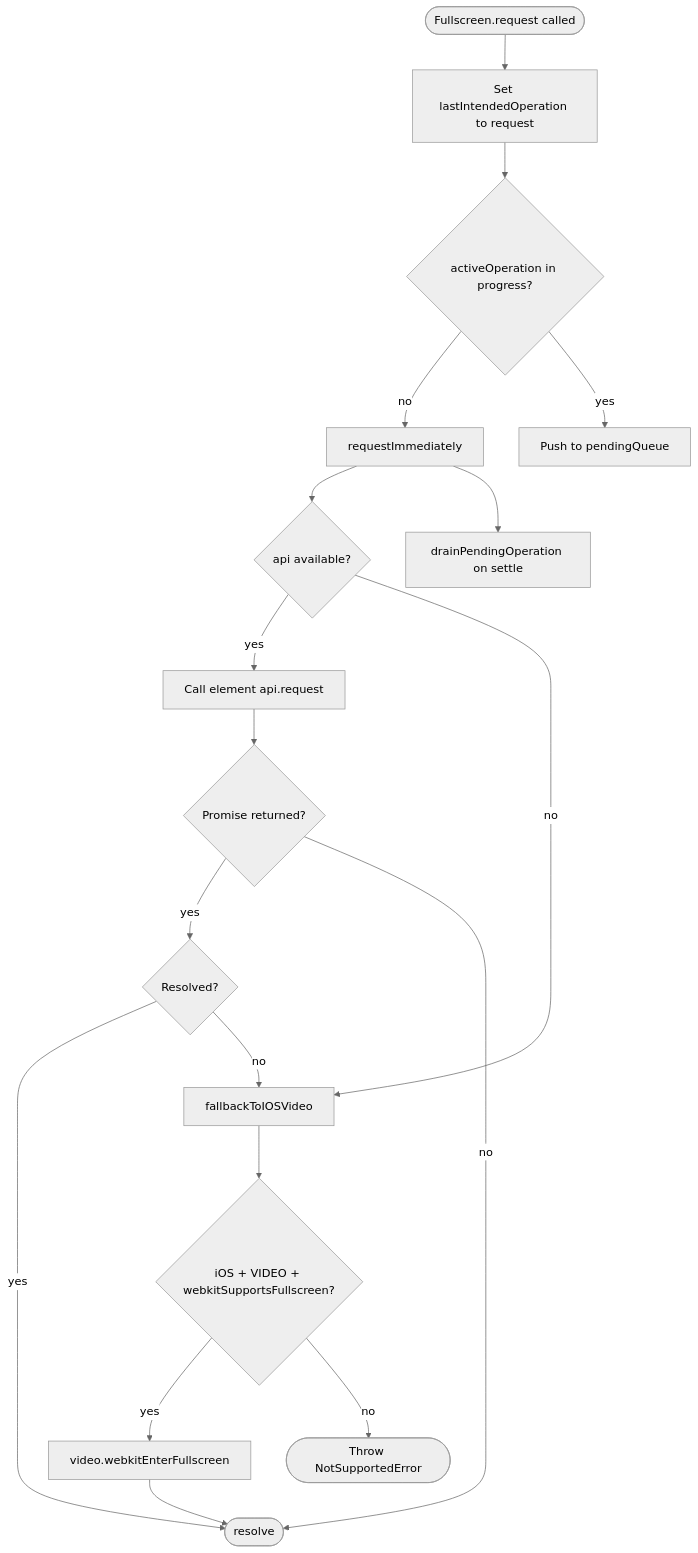
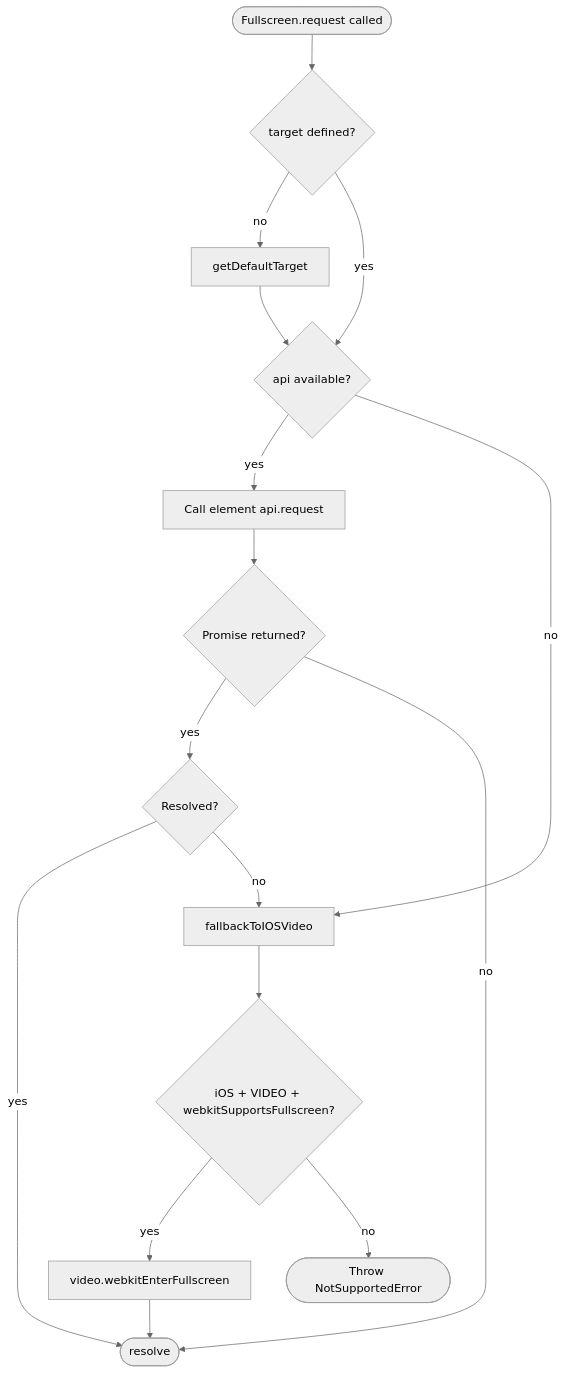
The third of 9 diagrams in README.md (pjy0509/native-fn), drawn with Mermaid (neutral theme) before and after one commit. The commit also changed other lines of this file and 231 other files, not shown here.

````diff
--- a/README.md
+++ b/README.md
@@ -594,20 +762,18 @@
 ```mermaid
 flowchart TD
-    A([Fullscreen.request called]) --> B[Set lastIntendedOperation to request]
-    B --> C{activeOperation in progress?}
-    C -->|no| D[requestImmediately]
-    C -->|yes| E[Push to pendingQueue]
-    D --> F{api available?}
-    F -->|yes| G[Call element api.request]
-    F -->|no| H[fallbackToIOSVideo]
-    G --> I{Promise returned?}
-    I -->|yes| J{Resolved?}
-    J -->|yes| K([resolve])
-    J -->|no| H
-    I -->|no| K
-    H --> L{iOS + VIDEO + webkitSupportsFullscreen?}
-    L -->|yes| M[video.webkitEnterFullscreen]
-    M --> K
-    L -->|no| N([Throw NotSupportedError])
-    D --> O[drainPendingOperation on settle]
+    A([Fullscreen.request called]) --> B{target defined?}
+    B -->|no| C[getDefaultTarget]
+    B -->|yes| D{api available?}
+    C --> D
+    D -->|yes| E[Call element api.request]
+    D -->|no| F[fallbackToIOSVideo]
+    E --> G{Promise returned?}
+    G -->|yes| H{Resolved?}
+    H -->|yes| I([resolve])
+    H -->|no| F
+    G -->|no| I
+    F --> J{iOS + VIDEO + webkitSupportsFullscreen?}
+    J -->|yes| K[video.webkitEnterFullscreen]
+    K --> I
+    J -->|no| L([Throw NotSupportedError])
 ```
````
